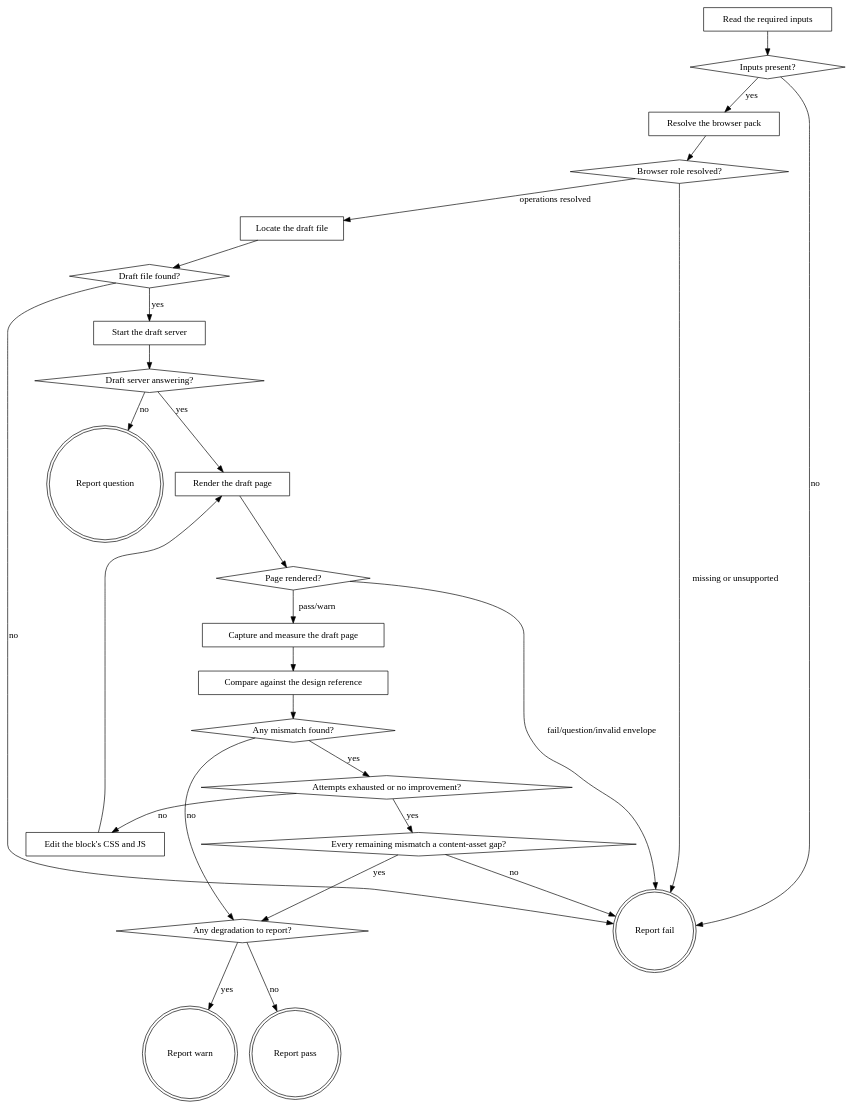
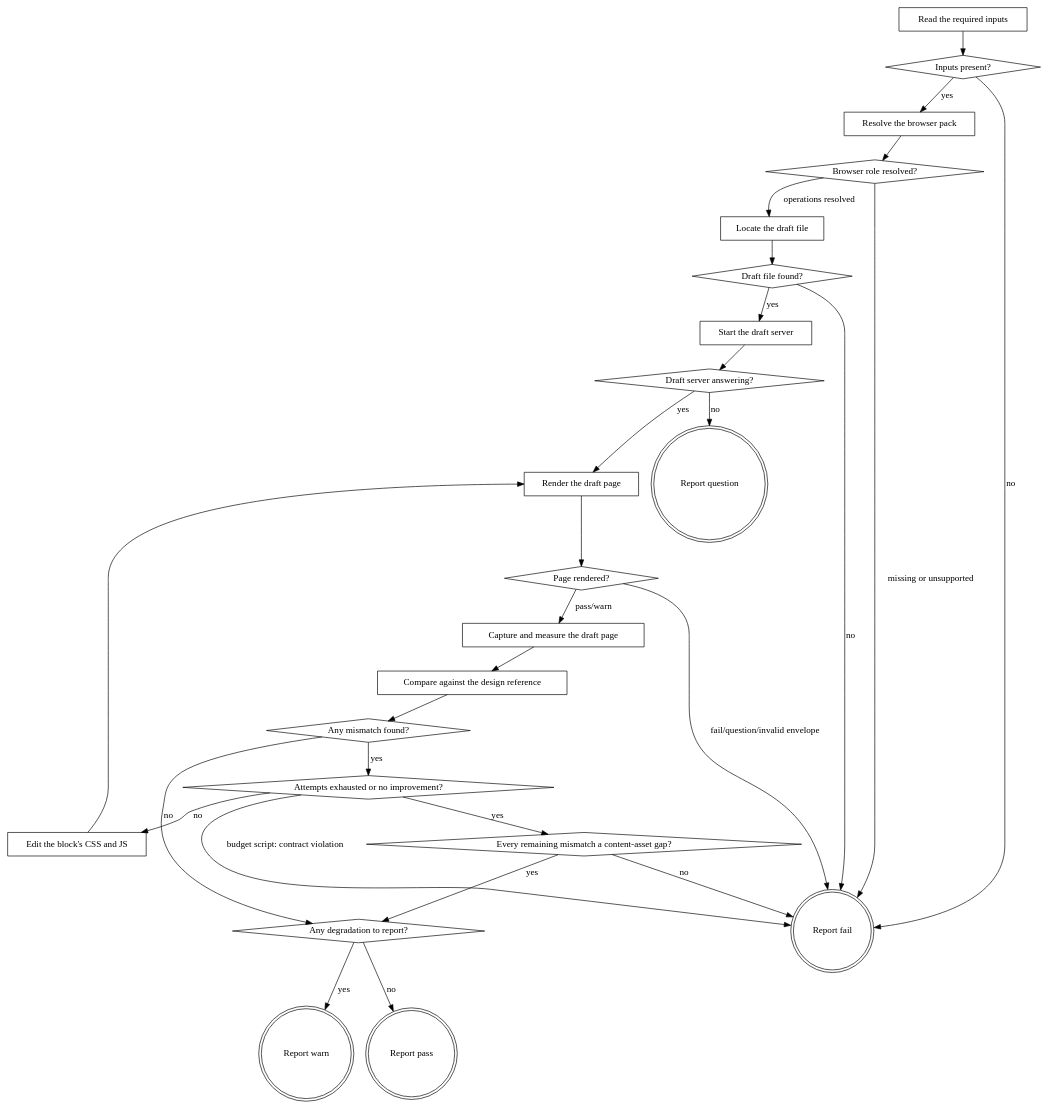
Before and after one commit to agenticDraft/aem-eds-ai-workflow-demo: the diagram in plugins/eds/skills/eds-verify-design/SKILL.md, drawn with Graphviz. The commit also changed other lines of this file, not shown here.

First line of the commit message:
verify-design spends its edit budget, on causes

````diff
--- a/plugins/eds/skills/eds-verify-design/SKILL.md
+++ b/plugins/eds/skills/eds-verify-design/SKILL.md
@@ -44,52 +50,53 @@
 ```dot
 digraph eds_verify_design {
     "Read the required inputs" [shape=box];
     "Inputs present?" [shape=diamond];
     "Resolve the browser pack" [shape=box];
     "Browser role resolved?" [shape=diamond];
     "Locate the draft file" [shape=box];
     "Draft file found?" [shape=diamond];
     "Start the draft server" [shape=box];
     "Draft server answering?" [shape=diamond];
     "Render the draft page" [shape=box];
     "Page rendered?" [shape=diamond];
     "Capture and measure the draft page" [shape=box];
     "Compare against the design reference" [shape=box];
     "Any mismatch found?" [shape=diamond];
     "Attempts exhausted or no improvement?" [shape=diamond];
     "Every remaining mismatch a content-asset gap?" [shape=diamond];
     "Edit the block's CSS and JS" [shape=box];
     "Any degradation to report?" [shape=diamond];
     "Report fail" [shape=doublecircle];
     "Report question" [shape=doublecircle];
     "Report warn" [shape=doublecircle];
     "Report pass" [shape=doublecircle];
 
     "Read the required inputs" -> "Inputs present?";
     "Inputs present?" -> "Resolve the browser pack" [label="yes"];
     "Inputs present?" -> "Report fail" [label="no"];
     "Resolve the browser pack" -> "Browser role resolved?";
     "Browser role resolved?" -> "Locate the draft file" [label="operations resolved"];
     "Browser role resolved?" -> "Report fail" [label="missing or unsupported"];
     "Locate the draft file" -> "Draft file found?";
     "Draft file found?" -> "Start the draft server" [label="yes"];
     "Draft file found?" -> "Report fail" [label="no"];
     "Start the draft server" -> "Draft server answering?";
     "Draft server answering?" -> "Render the draft page" [label="yes"];
     "Draft server answering?" -> "Report question" [label="no"];
     "Render the draft page" -> "Page rendered?";
     "Page rendered?" -> "Capture and measure the draft page" [label="pass/warn"];
     "Page rendered?" -> "Report fail" [label="fail/question/invalid envelope"];
     "Capture and measure the draft page" -> "Compare against the design reference";
     "Compare against the design reference" -> "Any mismatch found?";
     "Any mismatch found?" -> "Any degradation to report?" [label="no"];
     "Any mismatch found?" -> "Attempts exhausted or no improvement?" [label="yes"];
     "Attempts exhausted or no improvement?" -> "Every remaining mismatch a content-asset gap?" [label="yes"];
     "Attempts exhausted or no improvement?" -> "Edit the block's CSS and JS" [label="no"];
+    "Attempts exhausted or no improvement?" -> "Report fail" [label="budget script: contract violation"];
     "Every remaining mismatch a content-asset gap?" -> "Any degradation to report?" [label="yes"];
     "Every remaining mismatch a content-asset gap?" -> "Report fail" [label="no"];
     "Edit the block's CSS and JS" -> "Render the draft page";
     "Any degradation to report?" -> "Report warn" [label="yes"];
     "Any degradation to report?" -> "Report pass" [label="no"];
 }
 ```
````
